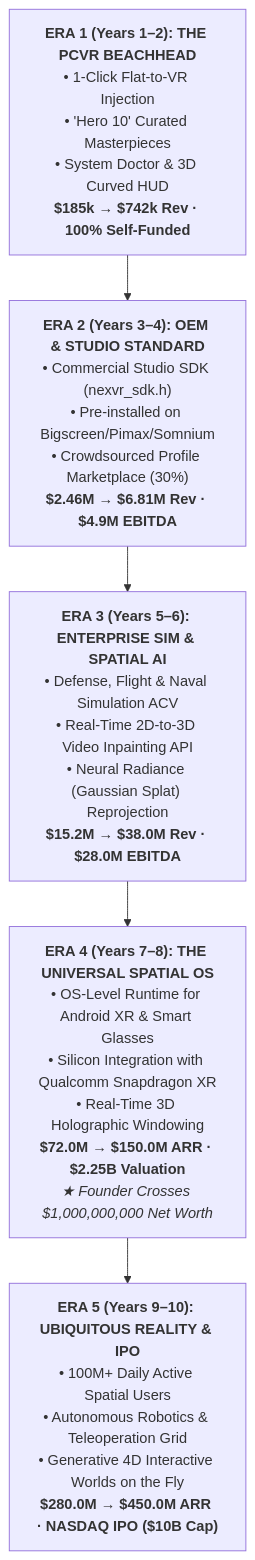
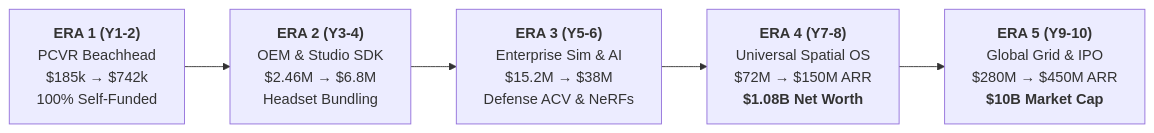
The diagram in nexvr-strategy/05-product/10-year-roadmap.md (sathishssj3/NexVR-Engine), drawn with Mermaid before and after one commit. The commit also changed other lines of this file and 2 other files, not shown here.

Commit message:
style: convert vertical mermaid diagrams to widescreen flowchart LR and add full-width summary table

````diff
--- a/nexvr-strategy/05-product/10-year-roadmap.md
+++ b/nexvr-strategy/05-product/10-year-roadmap.md
@@ -16,11 +16,8 @@
 ```mermaid
-graph TD
-    P1["<b>ERA 1 (Years 1–2): THE PCVR BEACHHEAD</b><br/>• 1-Click Flat-to-VR Injection<br/>• 'Hero 10' Curated Masterpieces<br/>• System Doctor & 3D Curved HUD<br/><b>$185k → $742k Rev · 100% Self-Funded</b>"]
-    --> P2["<b>ERA 2 (Years 3–4): OEM & STUDIO STANDARD</b><br/>• Commercial Studio SDK (nexvr_sdk.h)<br/>• Pre-installed on Bigscreen/Pimax/Somnium<br/>• Crowdsourced Profile Marketplace (30%)<br/><b>$2.46M → $6.81M Rev · $4.9M EBITDA</b>"]
-    
-    P2 --> P3["<b>ERA 3 (Years 5–6): ENTERPRISE SIM & SPATIAL AI</b><br/>• Defense, Flight & Naval Simulation ACV<br/>• Real-Time 2D-to-3D Video Inpainting API<br/>• Neural Radiance (Gaussian Splat) Reprojection<br/><b>$15.2M → $38.0M Rev · $28.0M EBITDA</b>"]
-    
-    P3 --> P4["<b>ERA 4 (Years 7–8): THE UNIVERSAL SPATIAL OS</b><br/>• OS-Level Runtime for Android XR & Smart Glasses<br/>• Silicon Integration with Qualcomm Snapdragon XR<br/>• Real-Time 3D Holographic Windowing<br/><b>$72.0M → $150.0M ARR · $2.25B Valuation</b><br/><i>★ Founder Crosses $1,000,000,000 Net Worth</i>"]
-    
-    P4 --> P5["<b>ERA 5 (Years 9–10): UBIQUITOUS REALITY & IPO</b><br/>• 100M+ Daily Active Spatial Users<br/>• Autonomous Robotics & Teleoperation Grid<br/>• Generative 4D Interactive Worlds on the Fly<br/><b>$280.0M → $450.0M ARR · NASDAQ IPO ($10B Cap)</b>"]
+flowchart LR
+    E1["<b>ERA 1 (Y1-2)</b><br/>PCVR Beachhead<br/>$185k → $742k<br/>100% Self-Funded"]
+    --> E2["<b>ERA 2 (Y3-4)</b><br/>OEM & Studio SDK<br/>$2.46M → $6.8M<br/>Headset Bundling"]
+    --> E3["<b>ERA 3 (Y5-6)</b><br/>Enterprise Sim & AI<br/>$15.2M → $38M<br/>Defense ACV & NeRFs"]
+    --> E4["<b>ERA 4 (Y7-8)</b><br/>Universal Spatial OS<br/>$72M → $150M ARR<br/><b>$1.08B Net Worth</b>"]
+    --> E5["<b>ERA 5 (Y9-10)</b><br/>Global Grid & IPO<br/>$280M → $450M ARR<br/><b>$10B Market Cap</b>"]
 ```
````
